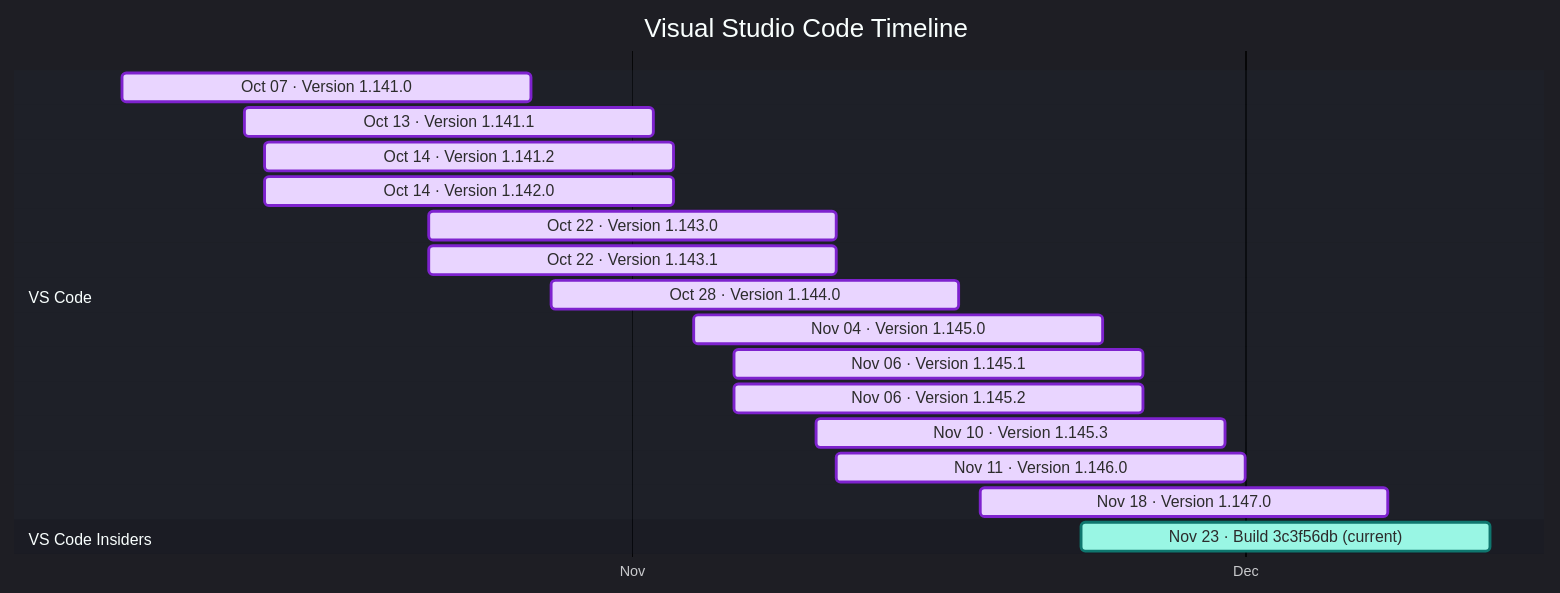
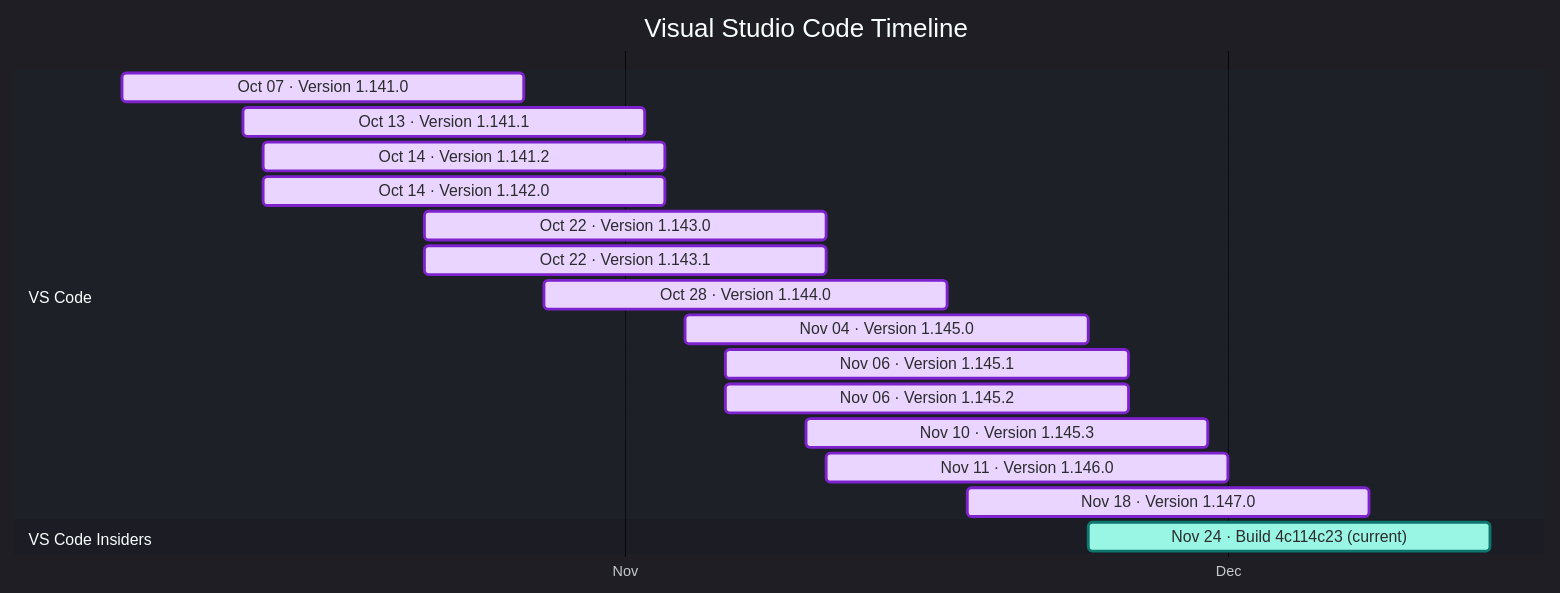
The diagram in docs/vscode.md (Oxelya-DevTools/VisualStudioUpdate), drawn with Mermaid before and after one commit. The commit also changed other lines of this file and 1 other file, not shown here.

````diff
--- a/docs/vscode.md
+++ b/docs/vscode.md
@@ -9,24 +9,24 @@
 ```mermaid
 %%{init: {'theme':'dark','themeVariables': { 'fontFamily': 'Segoe UI', 'fontSize': '24px', 'textColor': '#F3F4F6', 'titleTextColor': '#FFFFFF', 'taskTextColor': '#111827', 'taskTextLightColor': '#111827', 'taskTextOutsideColor': '#F3F4F6', 'taskBkgColor': '#BAE6FD', 'taskBorderColor': '#0369A1', 'doneTaskBkgColor': '#E9D5FF', 'doneTaskBorderColor': '#7E22CE', 'activeTaskBkgColor': '#99F6E4', 'activeTaskBorderColor': '#0F766E', 'critTaskBkgColor': '#FED7AA', 'critTaskBorderColor': '#C2410C', 'sectionBkgColor': '#1F2937', 'altSectionBkgColor': '#111827', 'gridColor': '#4B5563', 'todayLineColor': '#F87171' }}}%%
 gantt
     title Visual Studio Code Timeline
     dateFormat  YYYY-MM-DD
     axisFormat  %b
     tickInterval 1month
     section VS Code
     Oct 07 · Version 1.141.0 : done, vscode202610070, 2026-10-07, 20d
     Oct 13 · Version 1.141.1 : done, vscode202610131, 2026-10-13, 20d
     Oct 14 · Version 1.141.2 : done, vscode202610142, 2026-10-14, 20d
     Oct 14 · Version 1.142.0 : done, vscode202610143, 2026-10-14, 20d
     Oct 22 · Version 1.143.0 : done, vscode202610224, 2026-10-22, 20d
     Oct 22 · Version 1.143.1 : done, vscode202610225, 2026-10-22, 20d
     Oct 28 · Version 1.144.0 : done, vscode202610286, 2026-10-28, 20d
     Nov 04 · Version 1.145.0 : done, vscode202611047, 2026-11-04, 20d
     Nov 06 · Version 1.145.1 : done, vscode202611068, 2026-11-06, 20d
     Nov 06 · Version 1.145.2 : done, vscode202611069, 2026-11-06, 20d
     Nov 10 · Version 1.145.3 : done, vscode2026111010, 2026-11-10, 20d
     Nov 11 · Version 1.146.0 : done, vscode2026111111, 2026-11-11, 20d
     Nov 18 · Version 1.147.0 : done, vscode2026111812, 2026-11-18, 20d
     section VS Code Insiders
-    Nov 23 · Build 3c3f56db (current) : active, vscodeinsiders202611230, 2026-11-23, 20d
+    Nov 24 · Build 4c114c23 (current) : active, vscodeinsiders202611240, 2026-11-24, 20d
 ```
````
